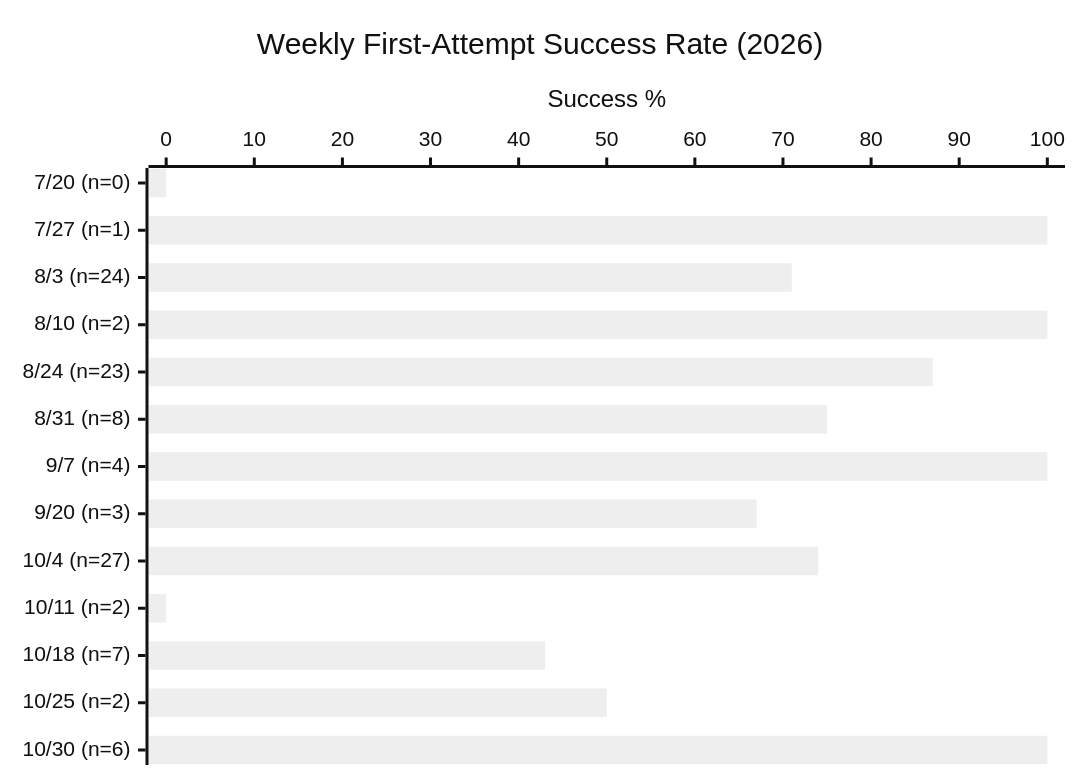
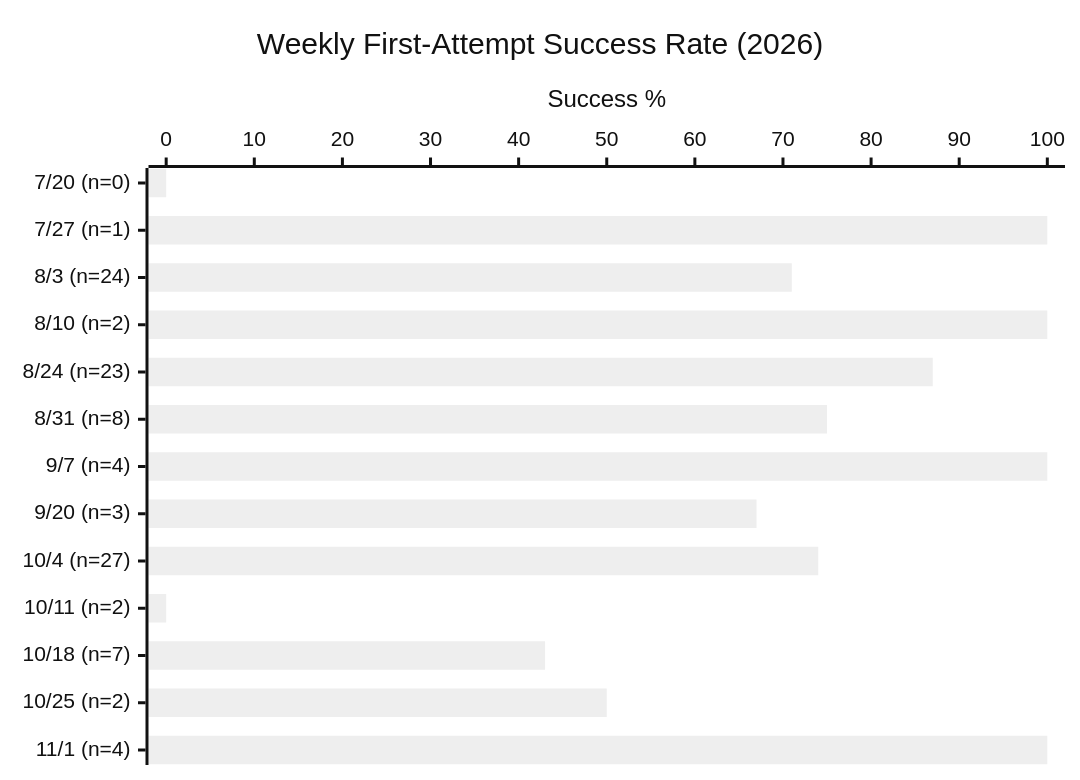
The first of 3 diagrams in EVAL.md (Sanctum-Origo-Systems/patina), drawn with Mermaid (neutral theme) before and after one commit. The commit also changed other lines of this file and 1 other file, not shown here.

````diff
--- a/EVAL.md
+++ b/EVAL.md
@@ -102,7 +104,7 @@
 ```mermaid
 xychart-beta horizontal
     title "Weekly First-Attempt Success Rate (2026)"
-    x-axis ["7/20 (n=0)", "7/27 (n=1)", "8/3 (n=24)", "8/10 (n=2)", "8/24 (n=23)", "8/31 (n=8)", "9/7 (n=4)", "9/20 (n=3)", "10/4 (n=27)", "10/11 (n=2)", "10/18 (n=7)", "10/25 (n=2)", "10/30 (n=6)"]
+    x-axis ["7/20 (n=0)", "7/27 (n=1)", "8/3 (n=24)", "8/10 (n=2)", "8/24 (n=23)", "8/31 (n=8)", "9/7 (n=4)", "9/20 (n=3)", "10/4 (n=27)", "10/11 (n=2)", "10/18 (n=7)", "10/25 (n=2)", "11/1 (n=4)"]
     y-axis "Success %" 0 --> 100
     bar [0, 100, 71, 100, 87, 75, 100, 67, 74, 0, 43, 50, 100]
 ```
````
